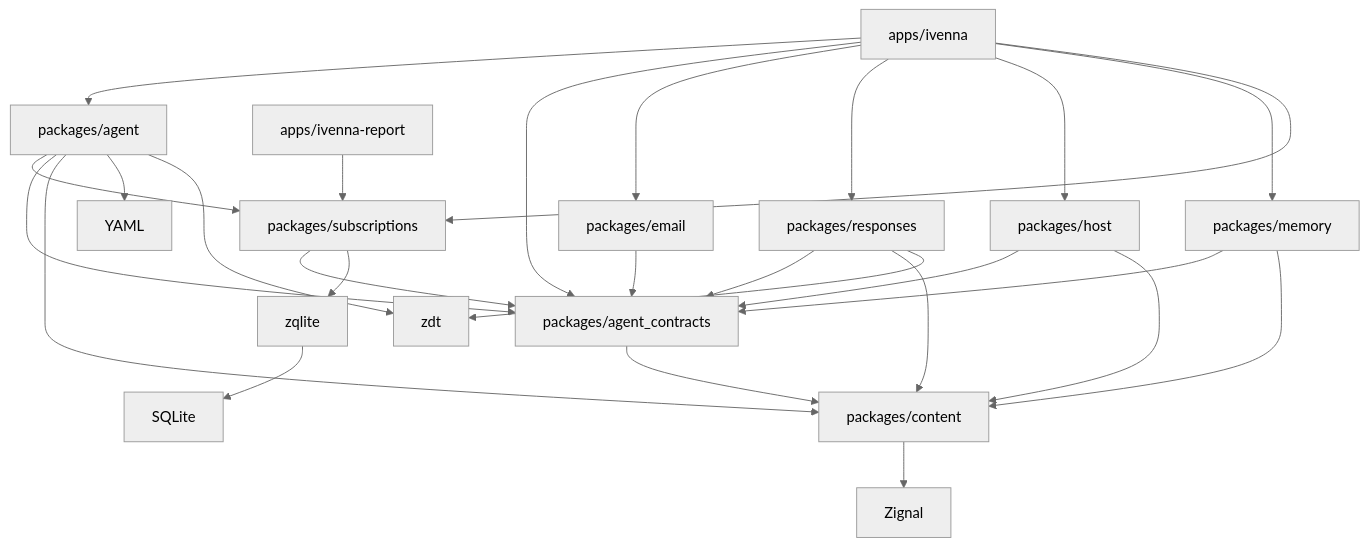
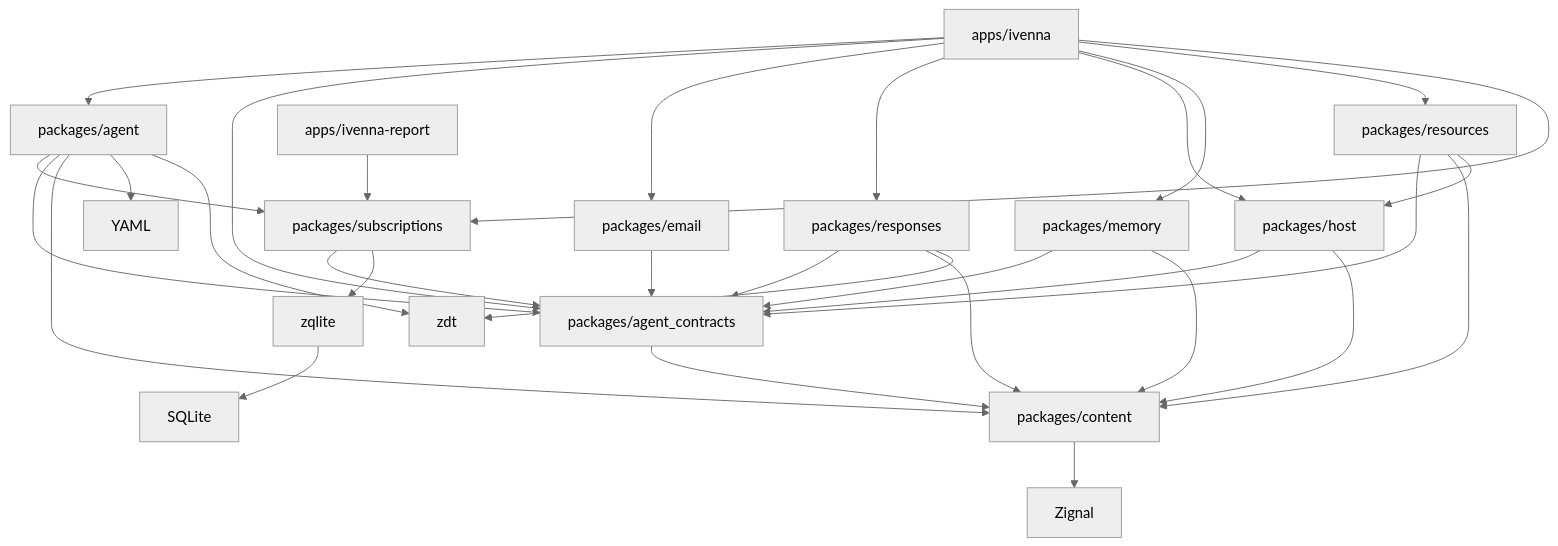
One commit to Ivenna/Ivenna changed the diagram in docs/architecture.md. Above: the diagram before and after it, drawn with Mermaid (neutral theme). The commit also changed other lines of this file and 18 other files, not shown here.

Commit message:
feat(resources): add read-only host resource tool

````diff
--- a/docs/architecture.md
+++ b/docs/architecture.md
@@ -27,29 +28,33 @@
 ```mermaid
 flowchart TD
     App[apps/ivenna] --> Agent[packages/agent]
     App --> Contracts[packages/agent_contracts]
     App --> Email[packages/email]
     App --> Responses[packages/responses]
     App --> Host[packages/host]
     App --> Memory[packages/memory]
+    App --> Resources[packages/resources]
     App --> Subscriptions[packages/subscriptions]
     Report[apps/ivenna-report] --> Subscriptions
     Agent --> Subscriptions
     Subscriptions --> Contracts
     Subscriptions --> Zqlite[zqlite]
     Zqlite --> SQLite[SQLite]
     Agent --> Contracts
     Email --> Contracts
     Responses --> Contracts
     Host --> Contracts
     Memory --> Contracts
     Host --> Content[packages/content]
     Memory --> Content
+    Resources --> Contracts
+    Resources --> Content
+    Resources --> Host
     Responses --> Content
     Agent --> Content
     Contracts --> Content
     Content --> Zignal[Zignal]
     Agent --> YAML[YAML]
     Agent --> Zdt[zdt]
     Responses --> Zdt
 ```
````
